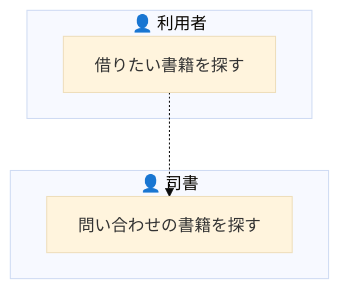
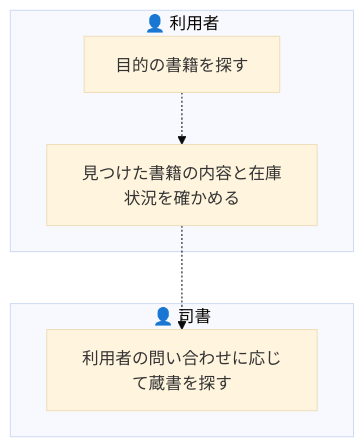
One commit to suwa-sh/suwa-sh-claude-plugins changed the second of 9 diagrams in samples/distillery2/library-loan/docs/requirements/rdra/views/03_業務フロー.md. Above: the diagram before and after it, drawn with Mermaid (base theme). The commit also changed other lines of this file and 249 other files, not shown here.

````diff
--- a/samples/distillery2/library-loan/docs/requirements/rdra/views/03_業務フロー.md
+++ b/samples/distillery2/library-loan/docs/requirements/rdra/views/03_業務フロー.md
@@ -36,10 +36,12 @@
 ```mermaid
 graph TD
   subgraph LN1["👤 利用者"]
-    AT1["借りたい書籍を探す"]
+    AT1["目的の書籍を探す"]
+    AT2["見つけた書籍の内容と在庫状況を確かめる"]
   end
   subgraph LN2["👤 司書"]
-    AT2["問い合わせの書籍を探す"]
+    AT3["利用者の問い合わせに応じて蔵書を探す"]
   end
   AT1 -.-> AT2
+  AT2 -.-> AT3
 ```
````
